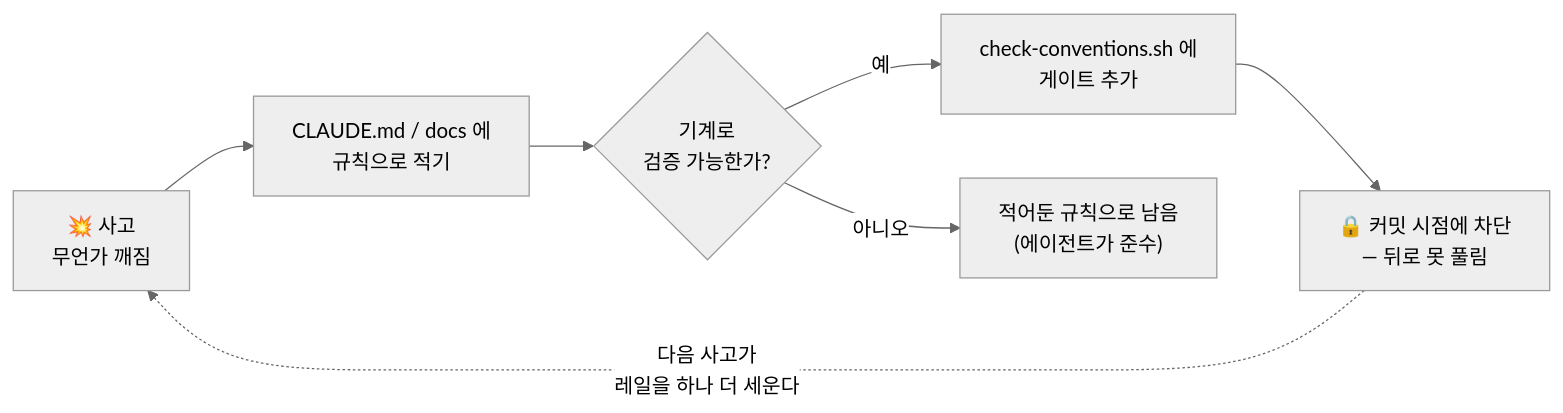
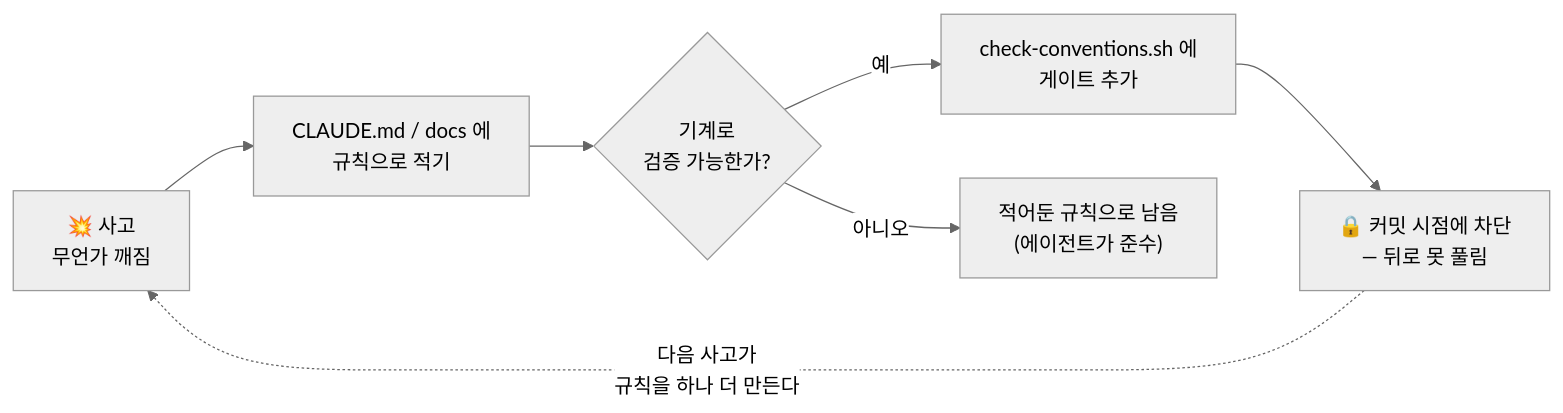
The third of 3 diagrams in README.ko.md (icurfer/ic-praxis), drawn with Mermaid (neutral theme) before and after one commit. The commit also changed other lines of this file and 11 other files, not shown here.

````diff
--- a/README.ko.md
+++ b/README.ko.md
@@ -134,9 +134,9 @@
 ```mermaid
 flowchart LR
     I["💥 사고<br/>무언가 깨짐"] --> W["CLAUDE.md / docs 에<br/>규칙으로 적기"]
     W --> Q{"기계로<br/>검증 가능한가?"}
     Q -- 예 --> G["check-conventions.sh 에<br/>게이트 추가"]
     Q -- 아니오 --> R["적어둔 규칙으로 남음<br/>(에이전트가 준수)"]
     G --> P["🔒 커밋 시점에 차단<br/>— 뒤로 못 풀림"]
-    P -. "다음 사고가<br/>레일을 하나 더 세운다" .-> I
+    P -. "다음 사고가<br/>규칙을 하나 더 만든다" .-> I
 ```
````
